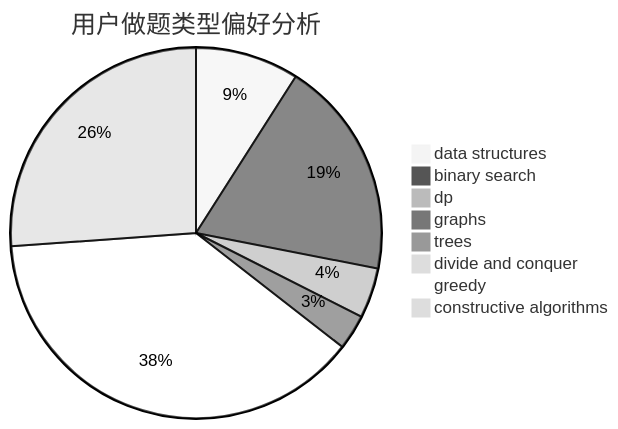
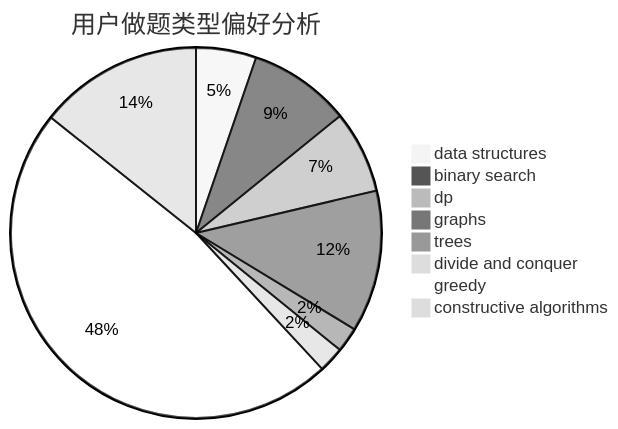
One commit to sherpahu/cfrs.github.io changed the second of 3 diagrams in docs/user/u454.md. Above: the diagram before and after it, drawn with Mermaid (neutral theme). The commit also changed other lines of this file and 2770 other files, not shown here.

````diff
--- a/docs/user/u454.md
+++ b/docs/user/u454.md
@@ -23,11 +23,11 @@
 ```mermaid
 pie title 用户做题类型偏好分析
-    "data structures" :  103
-    "binary search" :  217
-    "dp" :  50
-    "graphs" :  35
-    "trees" :  6
-    "divide and conquer" :  1
-    "greedy" :  437
-    "constructive algorithms" :  298
+    "data structures" :  68
+    "binary search" :  115
+    "dp" :  93
+    "graphs" :  160
+    "trees" :  28
+    "divide and conquer" :  29
+    "greedy" :  616
+    "constructive algorithms" :  185
 ```
````
